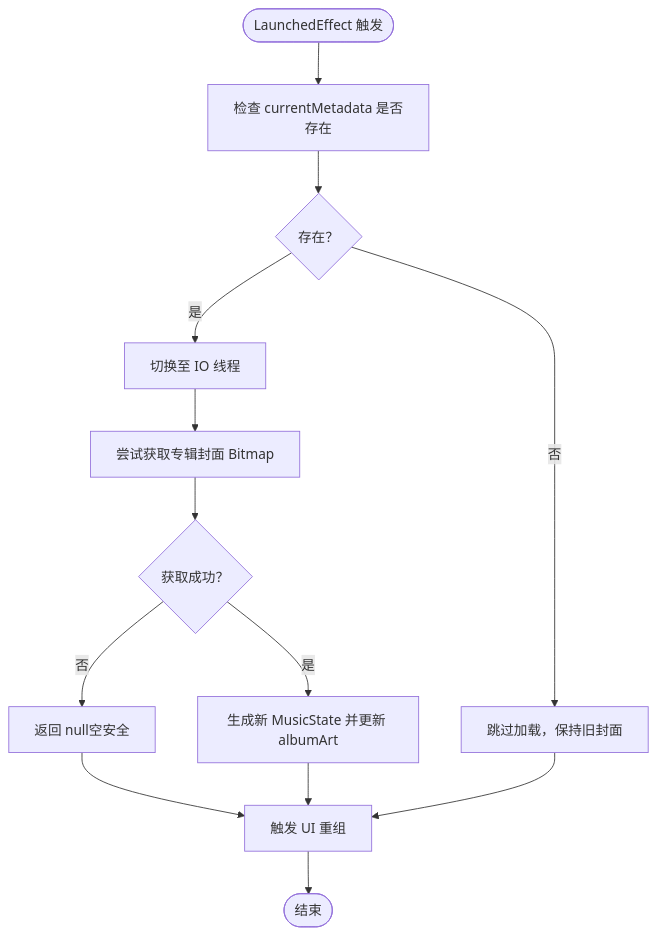
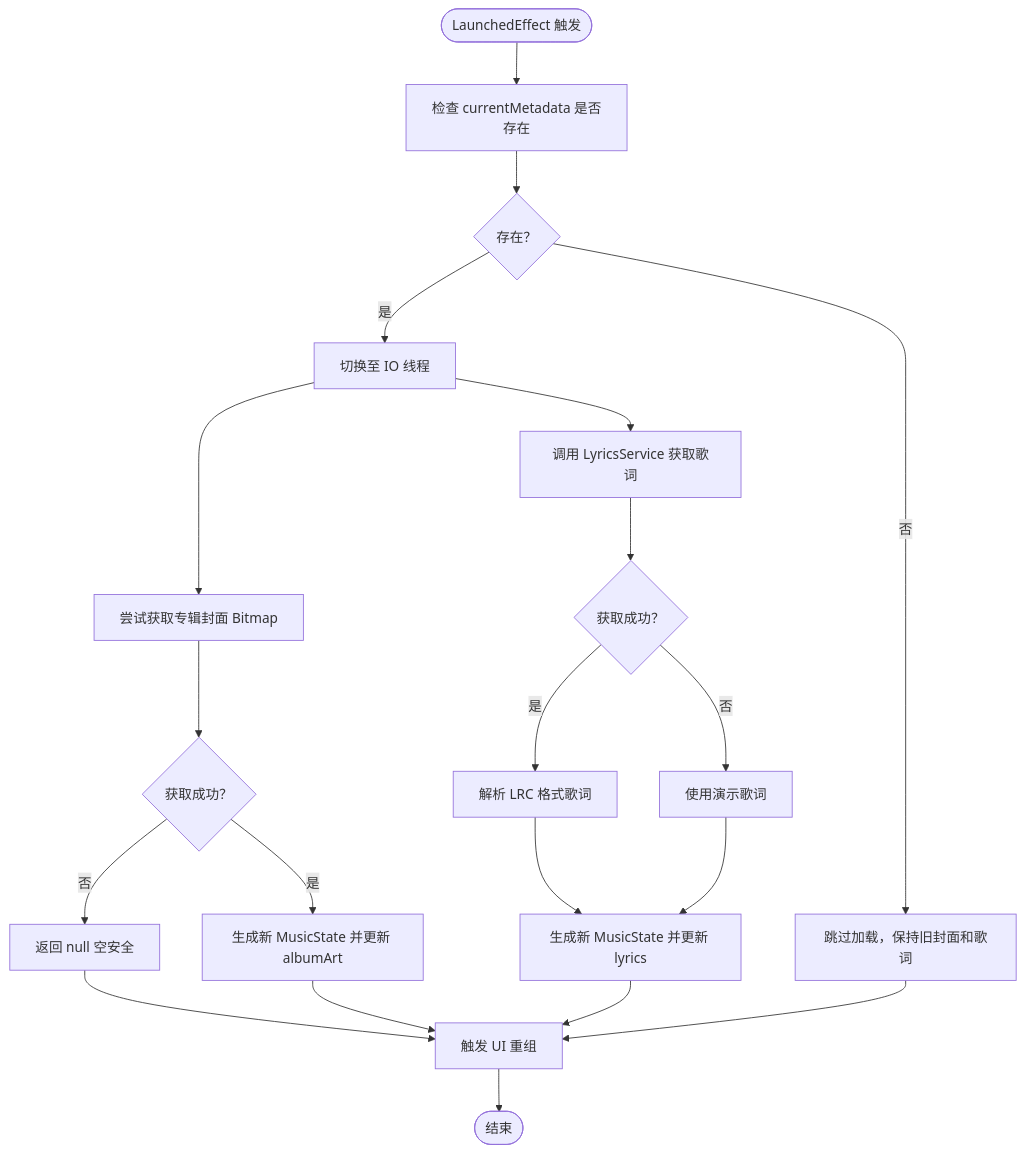
Before and after one commit to lantongxue/MyCarLauncher: the third of 4 diagrams in .qoder/repowiki/zh/content/核心功能/音乐控制/音乐状态管理.md, drawn with Mermaid. The commit also changed other lines of this file and 3 other files, not shown here.

````diff
--- a/.qoder/repowiki/zh/content/核心功能/音乐控制/音乐状态管理.md
+++ b/.qoder/repowiki/zh/content/核心功能/音乐控制/音乐状态管理.md
@@ -124,15 +154,22 @@
 ```mermaid
 flowchart TD
 Start(["LaunchedEffect 触发"]) --> CheckMeta["检查 currentMetadata 是否存在"]
 CheckMeta --> HasMeta{"存在？"}
-HasMeta --> |否| Skip["跳过加载，保持旧封面"]
+HasMeta --> |否| Skip["跳过加载，保持旧封面和歌词"]
 HasMeta --> |是| LoadIO["切换至 IO 线程"]
-LoadIO --> TryGet["尝试获取专辑封面 Bitmap"]
-TryGet --> Got{"获取成功？"}
-Got --> |否| NullSafe["返回 null空安全"]
-Got --> |是| UpdateState["生成新 MusicState 并更新 albumArt"]
-NullSafe --> Rebuild["触发 UI 重组"]
-UpdateState --> Rebuild
+LoadIO --> TryGetAlbum["尝试获取专辑封面 Bitmap"]
+TryGetAlbum --> GotAlbum{"获取成功？"}
+GotAlbum --> |否| NullSafeAlbum["返回 null 空安全"]
+GotAlbum --> |是| UpdateAlbumState["生成新 MusicState 并更新 albumArt"]
+NullSafeAlbum --> Rebuild["触发 UI 重组"]
+UpdateAlbumState --> Rebuild
+LoadIO --> TryGetLyrics["调用 LyricsService 获取歌词"]
+TryGetLyrics --> GotLyrics{"获取成功？"}
+GotLyrics --> |否| UseDemoLyrics["使用演示歌词"]
+GotLyrics --> |是| ParseLyrics["解析 LRC 格式歌词"]
+ParseLyrics --> UpdateLyricsState["生成新 MusicState 并更新 lyrics"]
+UseDemoLyrics --> UpdateLyricsState
+UpdateLyricsState --> Rebuild
 Skip --> Rebuild
 Rebuild --> End(["结束"])
 ```
````
